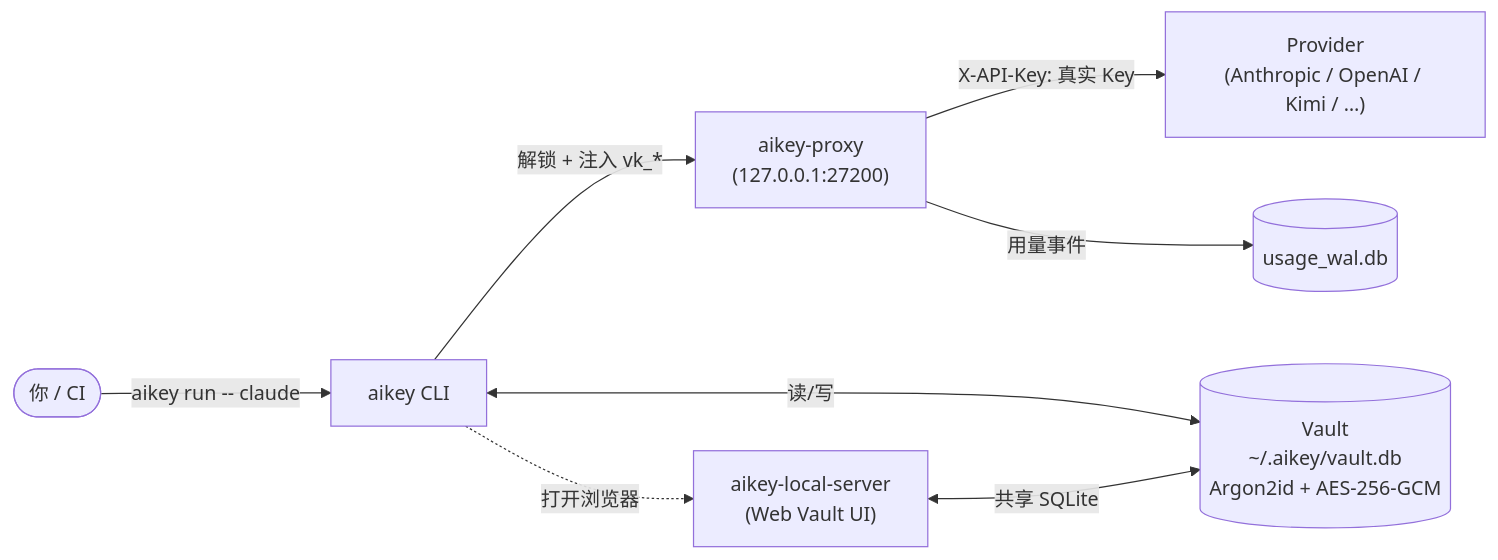
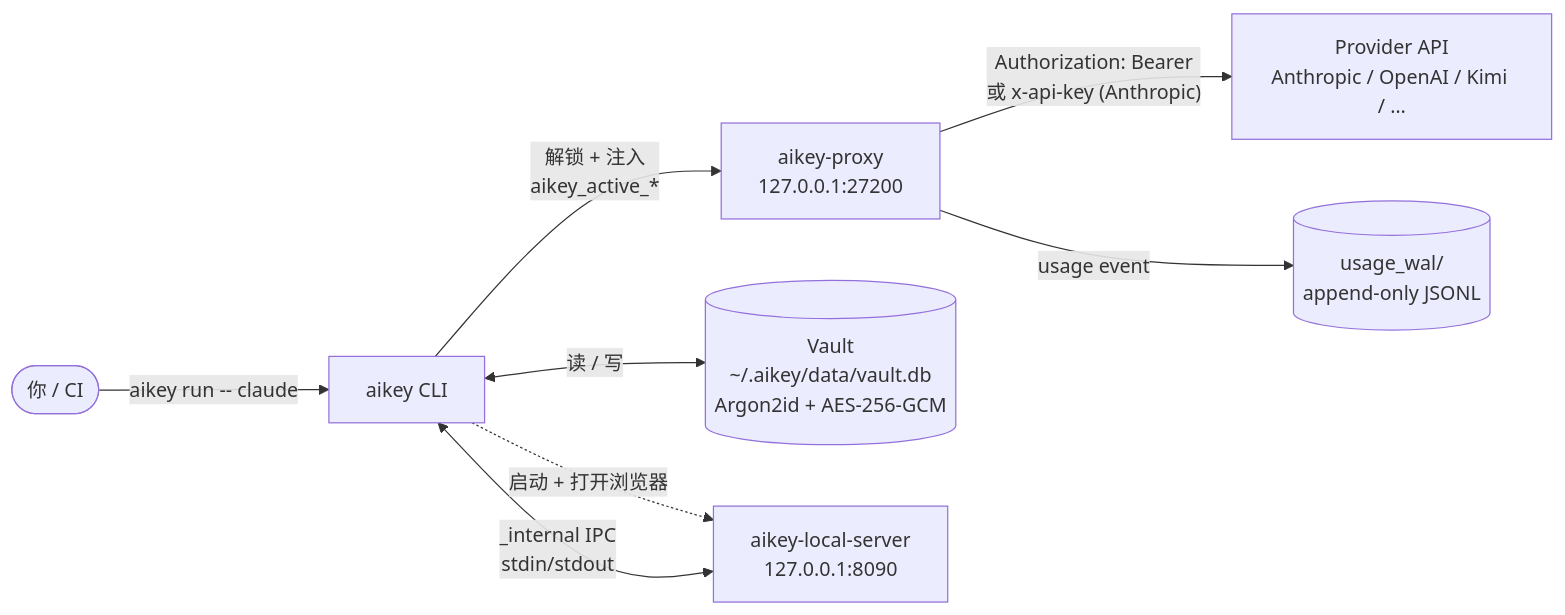
One commit to aikeylabs/aikey-cli changed the first of 2 diagrams in README.zh.md. Above: the diagram before and after it, drawn with Mermaid. The commit also changed other lines of this file and 1 other file, not shown here.

````diff
--- a/README.zh.md
+++ b/README.zh.md
@@ -34,10 +46,10 @@
 ```mermaid
 flowchart LR
   user(["你 / CI"]) -->|"aikey run -- claude"| cli["aikey CLI"]
-  cli -->|"解锁 + 注入 vk_*"| proxy["aikey-proxy<br/>(127.0.0.1:27200)"]
-  cli <-->|"读/写"| vault[("Vault<br/>~/.aikey/vault.db<br/>Argon2id + AES-256-GCM")]
-  cli -.打开浏览器.-> webui["aikey-local-server<br/>(Web Vault UI)"]
-  webui <-->|"共享 SQLite"| vault
-  proxy -->|"X-API-Key: 真实 Key"| provider["Provider<br/>(Anthropic / OpenAI / Kimi / …)"]
-  proxy -->|"用量事件"| wal[("usage_wal.db")]
+  cli -->|"解锁 + 注入<br/>aikey_active_*"| proxy["aikey-proxy<br/>127.0.0.1:27200"]
+  cli <-->|"读 / 写"| vault[("Vault<br/>~/.aikey/data/vault.db<br/>Argon2id + AES-256-GCM")]
+  cli -.启动 + 打开浏览器.-> webui["aikey-local-server<br/>127.0.0.1:8090"]
+  webui <-->|"_internal IPC<br/>stdin/stdout"| cli
+  proxy -->|"Authorization: Bearer <real_key><br/>或 x-api-key (Anthropic)"| provider["Provider API<br/>Anthropic / OpenAI / Kimi / …"]
+  proxy -->|"usage event"| wal[("usage_wal/<br/>append-only JSONL")]
 ```
````
